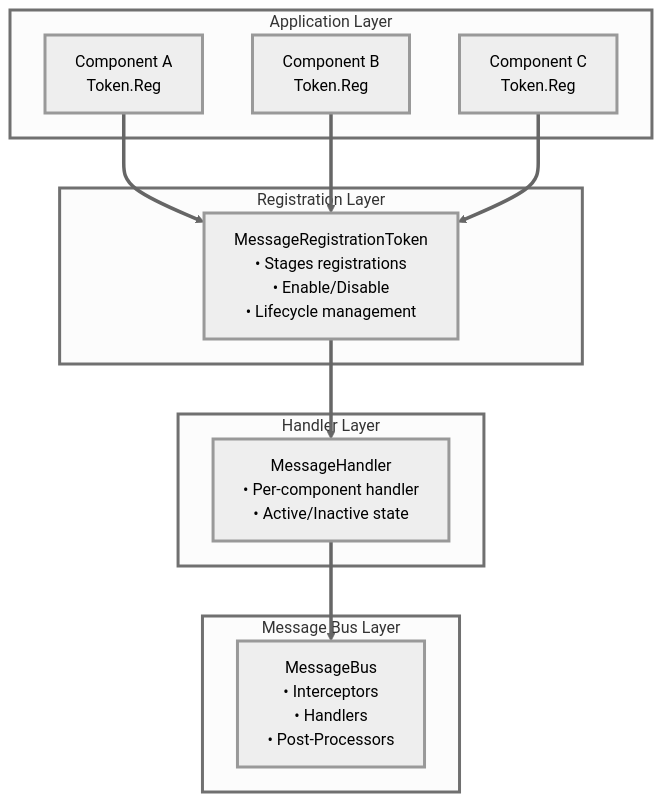
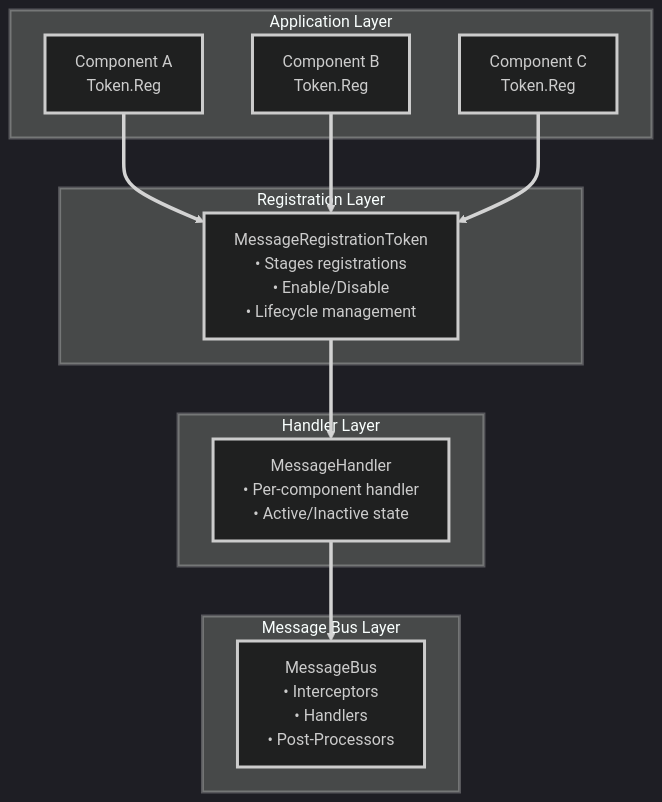
Before and after one commit to wallstop/DxMessaging: the diagram in docs/architecture/design-and-architecture.md, drawn with Mermaid. The commit also changed 24 other files, not shown here.

Commit message:
Mermaid overhaul, change most test assemblies to be editor

````diff
--- a/docs/architecture/design-and-architecture.md
+++ b/docs/architecture/design-and-architecture.md
@@ -52,36 +52,36 @@
 ```mermaid
-%%{init: {'theme': 'neutral'}}%%
+%%{init: {'theme': 'dark'}}%%
 flowchart TB
     subgraph App["Application Layer"]
         CompA[Component A<br/>Token.Reg]
         CompB[Component B<br/>Token.Reg]
         CompC[Component C<br/>Token.Reg]
     end
 
     subgraph Token["Registration Layer"]
         MRT[MessageRegistrationToken<br/>• Stages registrations<br/>• Enable/Disable<br/>• Lifecycle management]
     end
 
     subgraph Handler["Handler Layer"]
         MH[MessageHandler<br/>• Per-component handler<br/>• Active/Inactive state]
     end
 
     subgraph Bus["Message Bus Layer"]
         MB[MessageBus<br/>• Interceptors<br/>• Handlers<br/>• Post-Processors]
     end
 
     CompA ==> MRT
     CompB ==> MRT
     CompC ==> MRT
     MRT ==> MH
     MH ==> MB
 
     classDef primary stroke-width:3px
     class App,CompA,CompB,CompC primary
     classDef warning stroke-width:3px
     class Token,MRT warning
     classDef accent stroke-width:3px
     class Handler,MH accent
     classDef success stroke-width:3px
     class Bus,MB success
 ```
````
